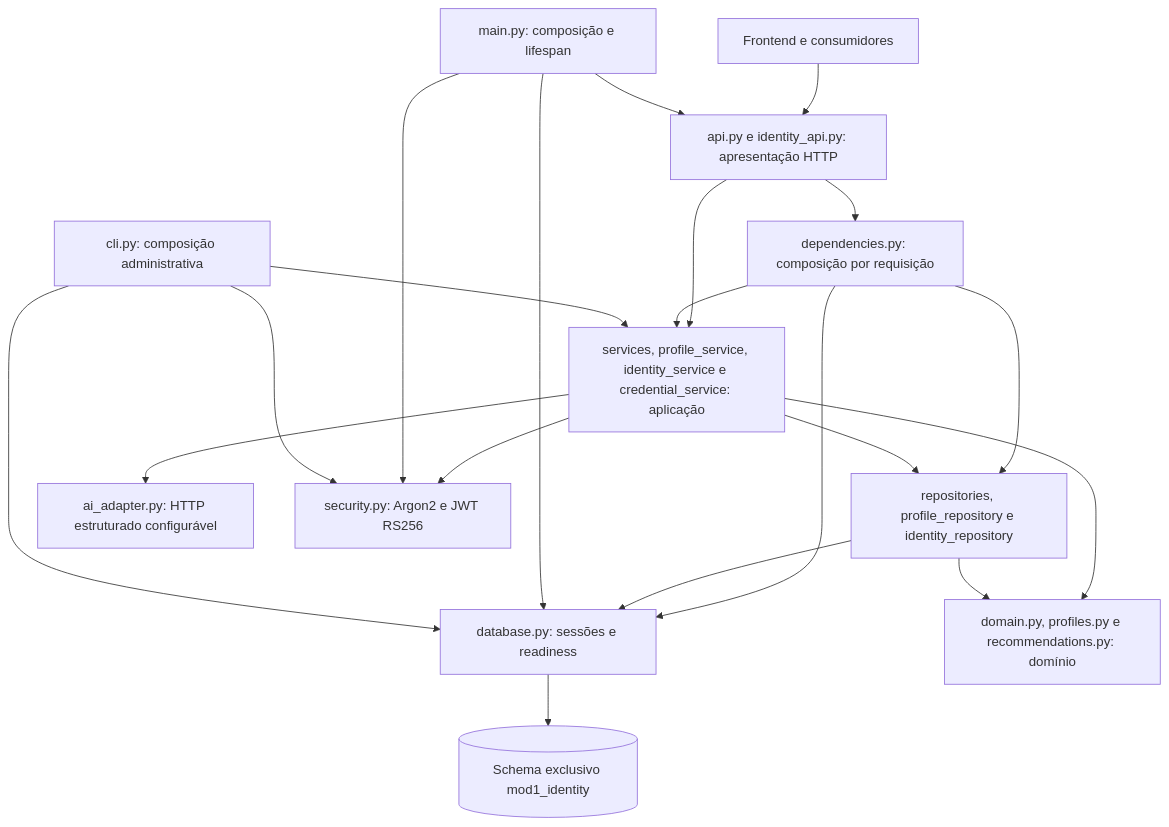
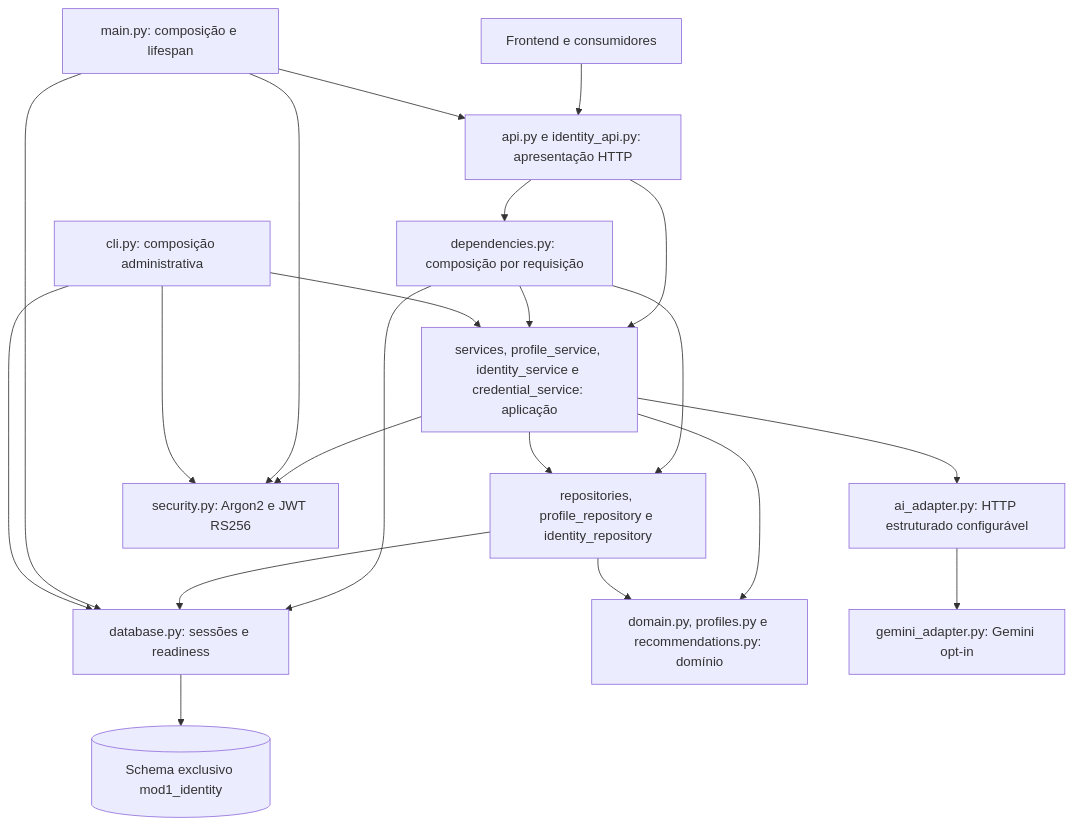
The first of 2 diagrams in docs/architecture.md (Ckenz0/MOD1-IdentityService), drawn with Mermaid before and after one commit. The commit also changed other lines of this file and 14 other files, not shown here.

````diff
--- a/docs/architecture.md
+++ b/docs/architecture.md
@@ -7,22 +7,23 @@
 ```mermaid
 flowchart TD
     Browser[Frontend e consumidores] --> API[api.py e identity_api.py: apresentação HTTP]
     API --> Dependencies[dependencies.py: composição por requisição]
     API --> Application[services, profile_service, identity_service e credential_service: aplicação]
     Dependencies --> Application
     Dependencies --> Repositories[repositories, profile_repository e identity_repository]
     Dependencies --> Database[database.py: sessões e readiness]
     Application --> Domain[domain.py, profiles.py e recommendations.py: domínio]
     Application --> AI[ai_adapter.py: HTTP estruturado configurável]
+    AI --> Gemini[gemini_adapter.py: Gemini opt-in]
     Application --> Repositories
     Application --> Security[security.py: Argon2 e JWT RS256]
     Repositories --> Domain
     Repositories --> Database
     Database --> PostgreSQL[(Schema exclusivo mod1_identity)]
     Main[main.py: composição e lifespan] --> API
     Main --> Database
     Main --> Security
     CLI[cli.py: composição administrativa] --> Application
     CLI --> Database
     CLI --> Security
 ```
````
